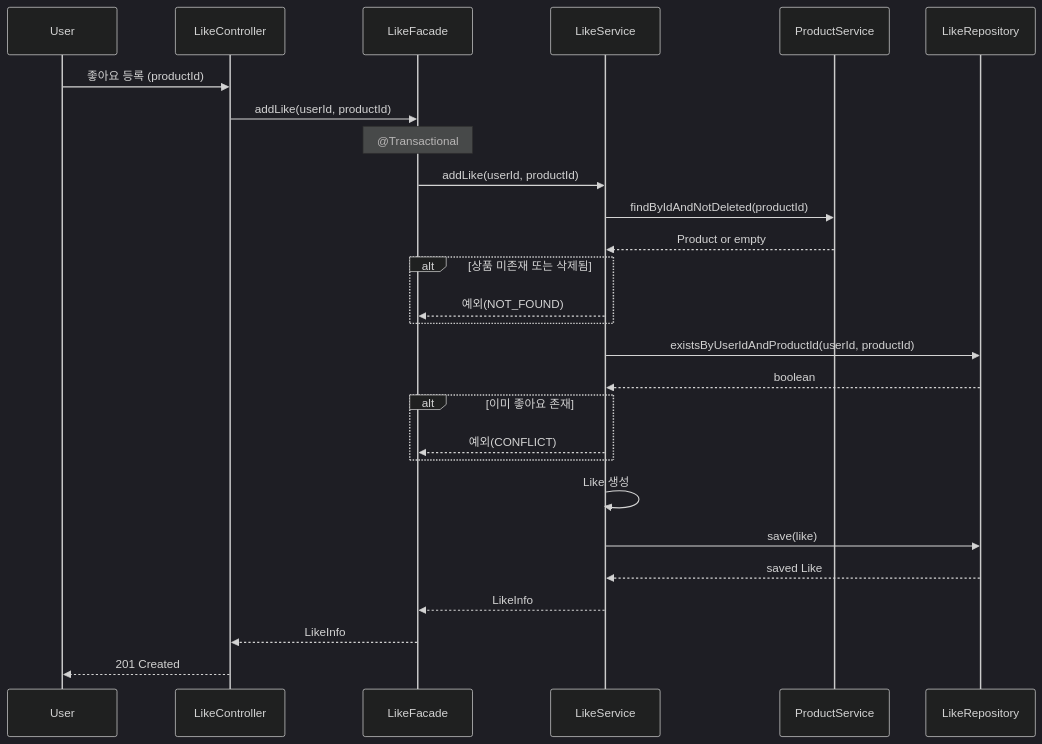
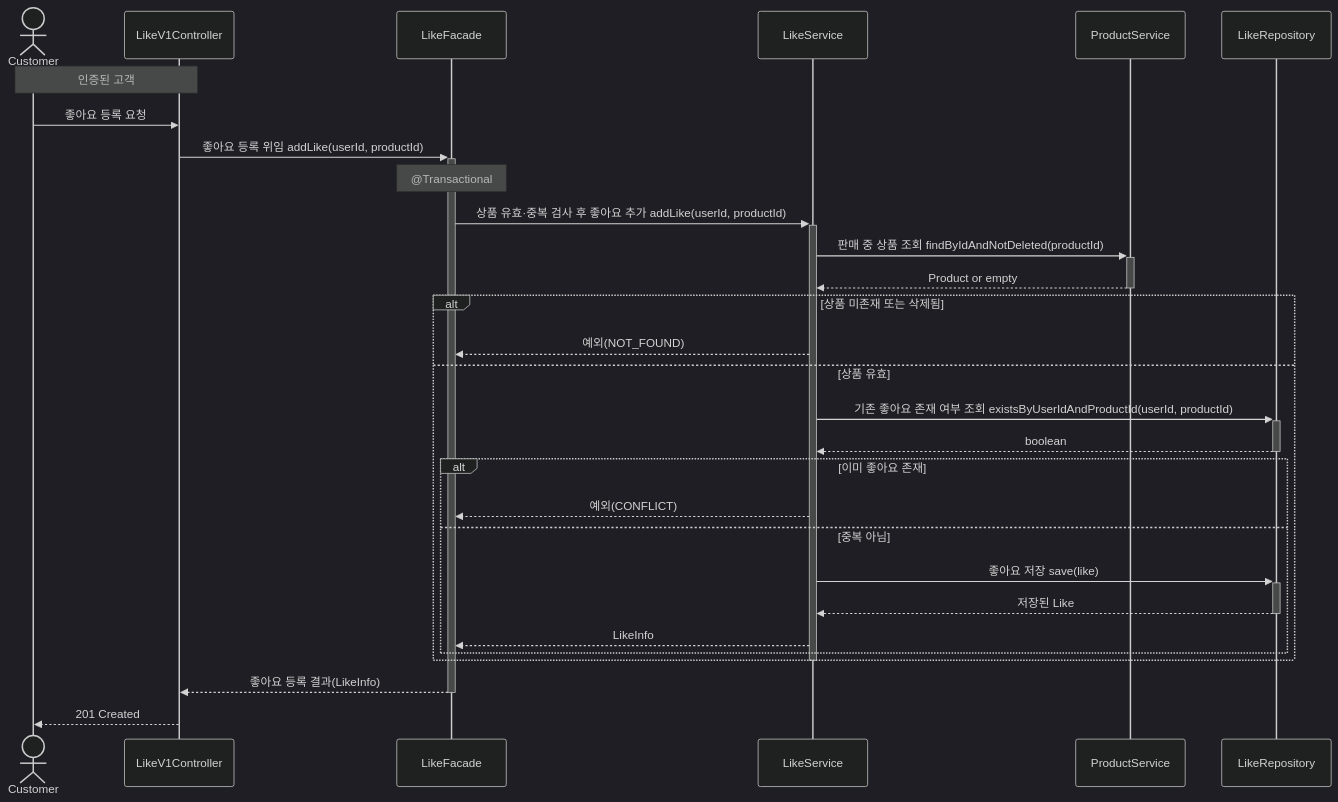
One commit to Loopers-dev-lab/loop-pack-be-l2-vol3-java changed the fifth of 8 diagrams in .docs/design/02-sequence-diagrams.md. Above: the diagram before and after it, drawn with Mermaid (dark theme). The commit also changed other lines of this file and 3 other files, not shown here.

````diff
--- a/.docs/design/02-sequence-diagrams.md
+++ b/.docs/design/02-sequence-diagrams.md
@@ -116,33 +181,35 @@
 ```mermaid
 sequenceDiagram
-    participant User
-    participant LikeController
-    participant LikeFacade
+    actor Customer
+    participant Controller as LikeV1Controller
+    participant Facade as LikeFacade
     participant LikeService
     participant ProductService
     participant LikeRepository
 
-    User->>LikeController: 좋아요 등록 (productId)
-    LikeController->>LikeFacade: addLike(userId, productId)
-    Note over LikeFacade: @Transactional
-    LikeFacade->>LikeService: addLike(userId, productId)
+    Note over Customer, Controller: 인증된 고객
+    Customer->>Controller: 좋아요 등록 요청
 
-    LikeService->>ProductService: findByIdAndNotDeleted(productId)
-    ProductService-->>LikeService: Product or empty
+    Controller->>+Facade: 좋아요 등록 위임 addLike(userId, productId)
+    Note over Facade: @Transactional
+    Facade->>+LikeService: 상품 유효·중복 검사 후 좋아요 추가 addLike(userId, productId)
+
+    LikeService->>+ProductService: 판매 중 상품 조회 findByIdAndNotDeleted(productId)
+    ProductService-->>-LikeService: Product or empty
     alt 상품 미존재 또는 삭제됨
-        LikeService-->>LikeFacade: 예외(NOT_FOUND)
+        LikeService-->>Facade: 예외(NOT_FOUND)
+    else 상품 유효
+        LikeService->>+LikeRepository: 기존 좋아요 존재 여부 조회 existsByUserIdAndProductId(userId, productId)
+        LikeRepository-->>-LikeService: boolean
+        alt 이미 좋아요 존재
+            LikeService-->>Facade: 예외(CONFLICT)
+        else 중복 아님
+            LikeService->>+LikeRepository: 좋아요 저장 save(like)
+            LikeRepository-->>-LikeService: 저장된 Like
+            LikeService-->>Facade: LikeInfo
+        end
     end
-
-    LikeService->>LikeRepository: existsByUserIdAndProductId(userId, productId)
-    LikeRepository-->>LikeService: boolean
-    alt 이미 좋아요 존재
-        LikeService-->>LikeFacade: 예외(CONFLICT)
-    end
-
-    LikeService->>LikeService: Like 생성
-    LikeService->>LikeRepository: save(like)
-    LikeRepository-->>LikeService: saved Like
-    LikeService-->>LikeFacade: LikeInfo
-    LikeFacade-->>LikeController: LikeInfo
-    LikeController-->>User: 201 Created
+    deactivate LikeService
+    Facade-->>-Controller: 좋아요 등록 결과(LikeInfo)
+    Controller-->>Customer: 201 Created
 ```
````
